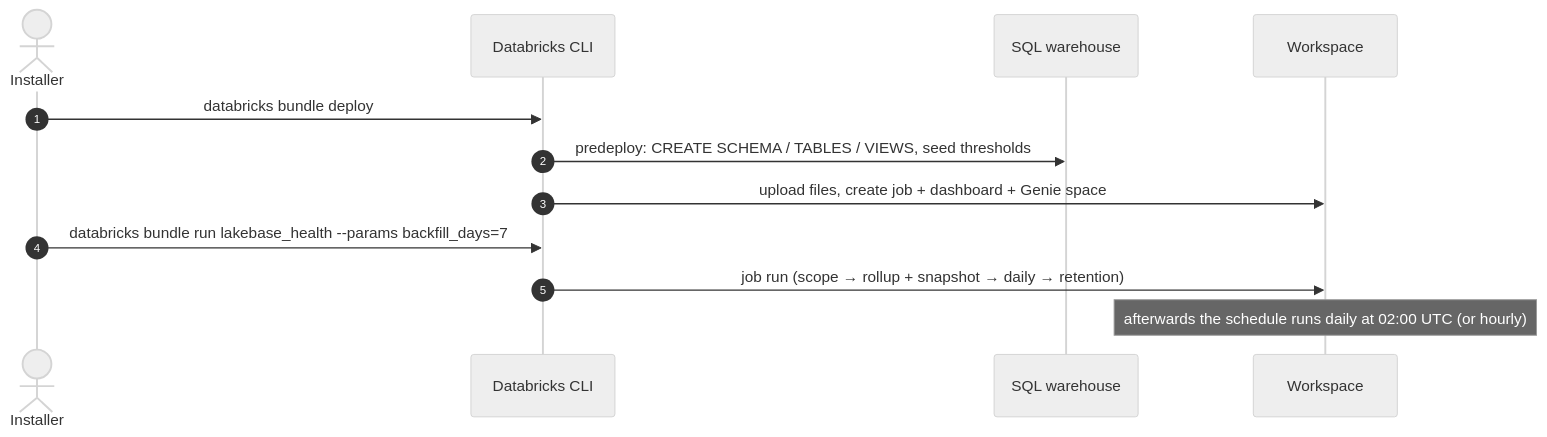
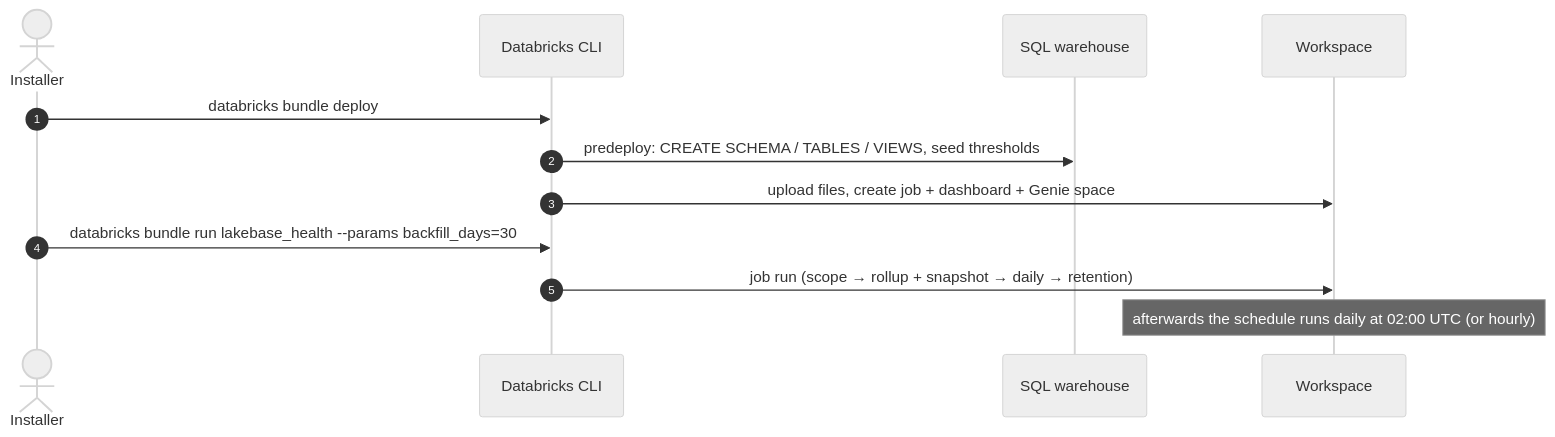
One commit to rakesharumalla/lakebase-health-check changed the second of 2 diagrams in README.md. Above: the diagram before and after it, drawn with Mermaid (neutral theme). The commit also changed other lines of this file and 4 other files, not shown here.

````diff
--- a/README.md
+++ b/README.md
@@ -85,14 +85,14 @@
 ```mermaid
 sequenceDiagram
   autonumber
   actor Admin as Installer
   participant CLI as Databricks CLI
   participant WH as SQL warehouse
   participant WS as Workspace
   Admin->>CLI: databricks bundle deploy
   CLI->>WH: predeploy: CREATE SCHEMA / TABLES / VIEWS, seed thresholds
   CLI->>WS: upload files, create job + dashboard + Genie space
-  Admin->>CLI: databricks bundle run lakebase_health --params backfill_days=7
+  Admin->>CLI: databricks bundle run lakebase_health --params backfill_days=30
   CLI->>WS: job run (scope → rollup + snapshot → daily → retention)
   Note over WS: afterwards the schedule runs daily at 02:00 UTC (or hourly)
 ```
````
